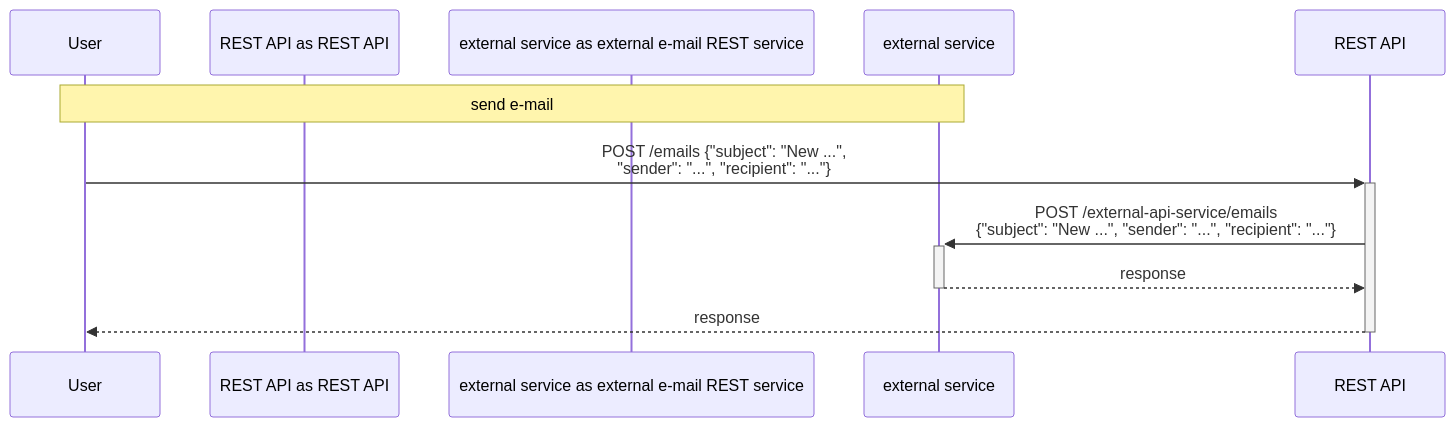
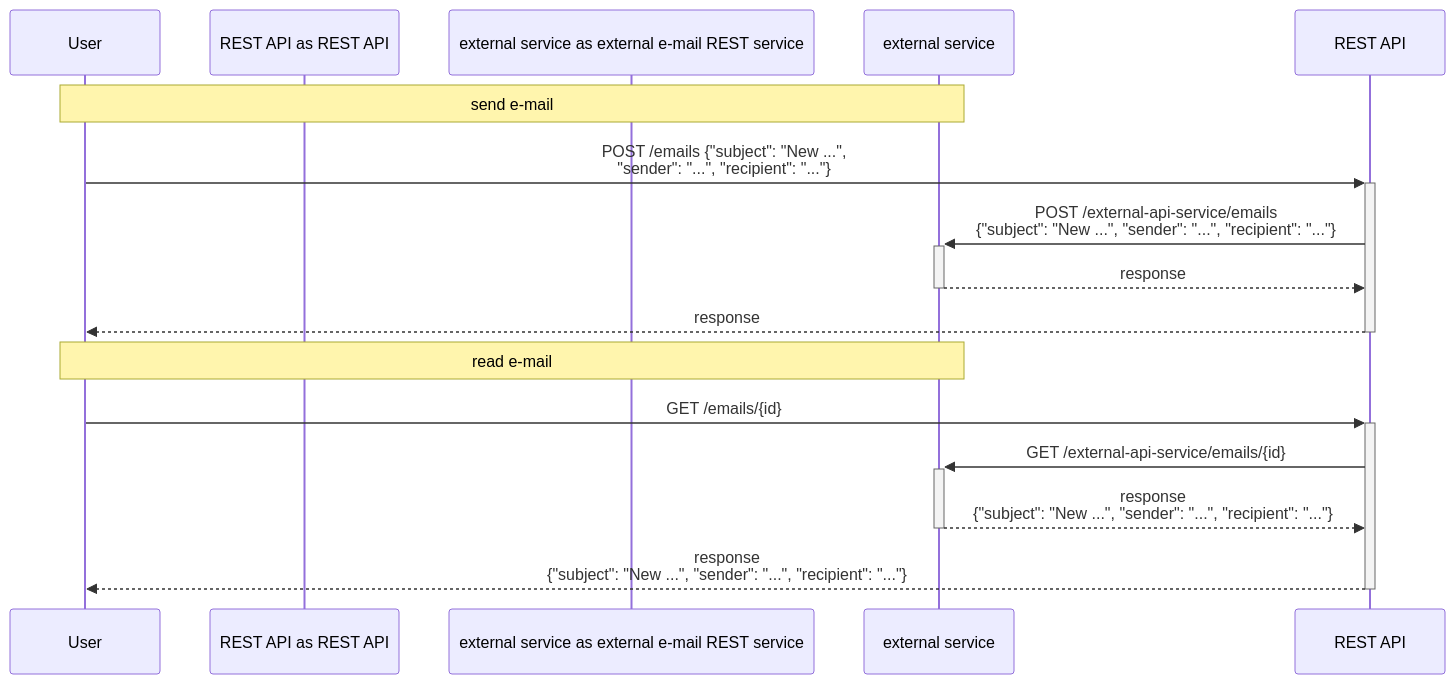
One commit to allegro/parallel-test-execution-workshop changed the diagram in part2.2-rest/.readme/sequence.md. Above: the diagram before and after it, drawn with Mermaid. The commit also changed other lines of this file and 7 other files, not shown here.

Commit message:
Start Wiremock once, update diagrams

````diff
--- a/part2.2-rest/.readme/sequence.md
+++ b/part2.2-rest/.readme/sequence.md
@@ -1,11 +1,16 @@
 ```mermaid
 sequenceDiagram
     participant User as User
     participant REST API as REST API
     participant external service as external e-mail REST service
     Note over User, external service: send e-mail
     User ->>+ REST API: POST /emails {"subject": "New ...", <br/>"sender": "...", "recipient": "..."}
     REST API ->>+ external service: POST /external-api-service/emails <br/>{"subject": "New ...", "sender": "...", "recipient": "..."}
     external service -->>- REST API: response
     REST API -->>- User: response
+    Note over User, external service: read e-mail
+    User ->>+ REST API: GET /emails/{id}
+    REST API ->>+ external service: GET /external-api-service/emails/{id}
+    external service -->>- REST API: response <br/>{"subject": "New ...", "sender": "...", "recipient": "..."}
+    REST API -->>- User: response <br/>{"subject": "New ...", "sender": "...", "recipient": "..."}
 ```
````
